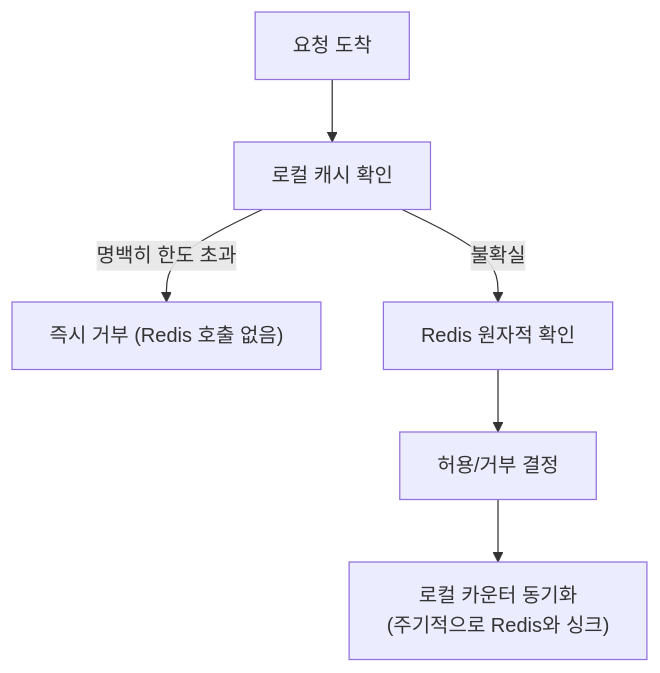
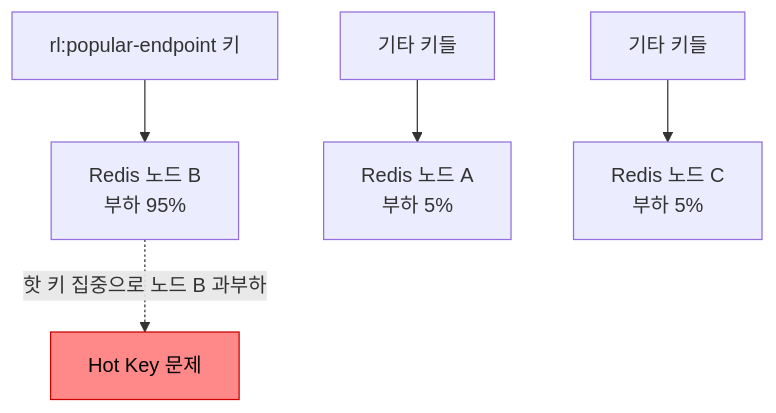
Before and after one commit to yjkim2015/yjkim2015.github.io: diagram 11 of 13 in _posts/spring/2026-05-01-rate-limiting.md, drawn with Mermaid. The commit also changed other lines of this file and 92 other files, not shown here.

First line of the commit message:
Major quality rewrite: 98 files, Mermaid fix, extreme-scenario component

````diff
--- a/_posts/spring/2026-05-01-rate-limiting.md
+++ b/_posts/spring/2026-05-01-rate-limiting.md
@@ -1149,8 +912,8 @@
 ```mermaid
 graph TD
-    A["요청 도착"] --> B["로컬 캐시 확인"]
-    B -->|"명백히 한도 초과"| C["즉시 거부 (Redis 호출 없음)"]
-    B -->|"불확실"| D["Redis 원자적 확인"]
-    D --> E["허용/거부 결정"]
-    E --> F["로컬 카운터 동기화\n(주기적으로 Redis와 싱크)"]
+    K["rl:popular-endpoint 키"] --> NB["Redis 노드 B\n부하 95%"]
+    X1["기타 키들"] --> NA["Redis 노드 A\n부하 5%"]
+    X2["기타 키들"] --> NC["Redis 노드 C\n부하 5%"]
+    NB -.->|"핫 키 집중으로 노드 B 과부하"| WARN["Hot Key 문제"]
+    style WARN fill:#f88,stroke:#c00,color:#000
 ```
````
